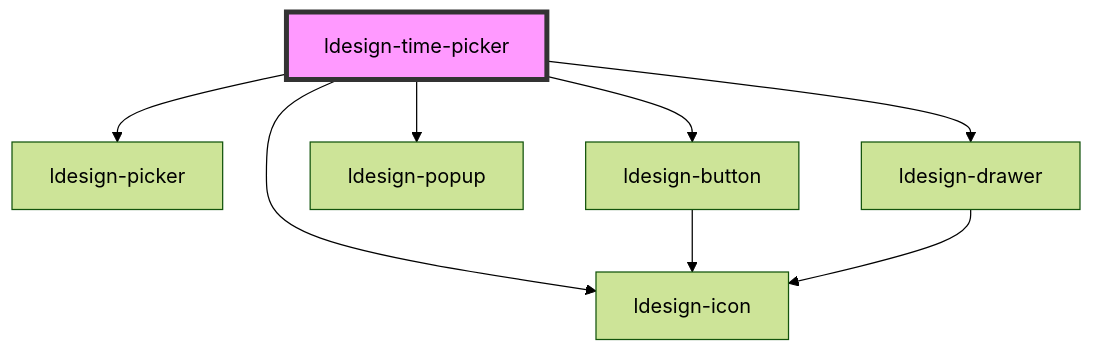
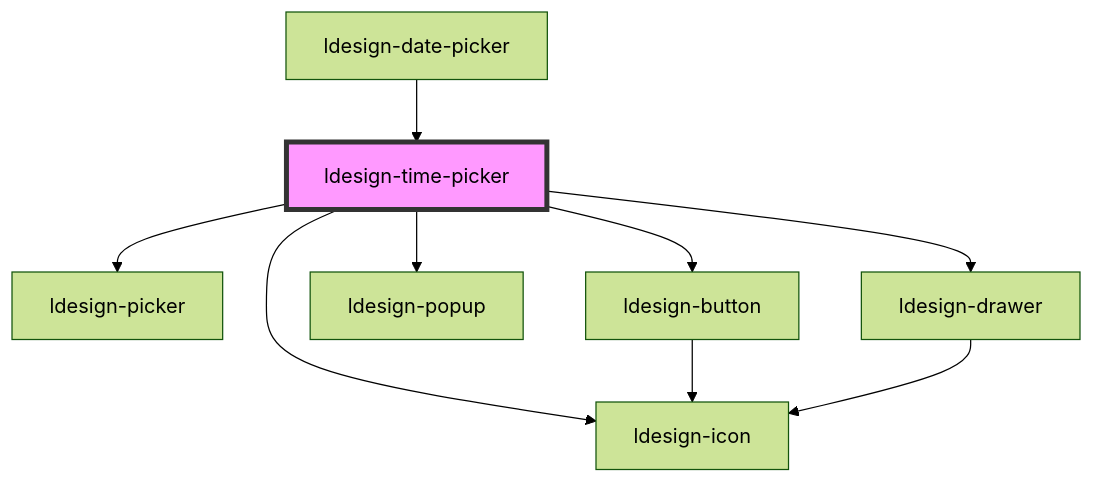
Before and after one commit to poly1603/ldesign: the diagram in packages/webcomponent/src/components/time-picker/readme.md, drawn with Mermaid (forest theme). The commit also changed other lines of this file and 31 other files, not shown here.

````diff
--- a/packages/webcomponent/src/components/time-picker/readme.md
+++ b/packages/webcomponent/src/components/time-picker/readme.md
@@ -54,11 +60,12 @@
 ```mermaid
 graph TD;
   ldesign-time-picker --> ldesign-icon
   ldesign-time-picker --> ldesign-picker
   ldesign-time-picker --> ldesign-button
   ldesign-time-picker --> ldesign-popup
   ldesign-time-picker --> ldesign-drawer
   ldesign-button --> ldesign-icon
   ldesign-drawer --> ldesign-icon
+  ldesign-date-picker --> ldesign-time-picker
   style ldesign-time-picker fill:#f9f,stroke:#333,stroke-width:4px
 ```
````
